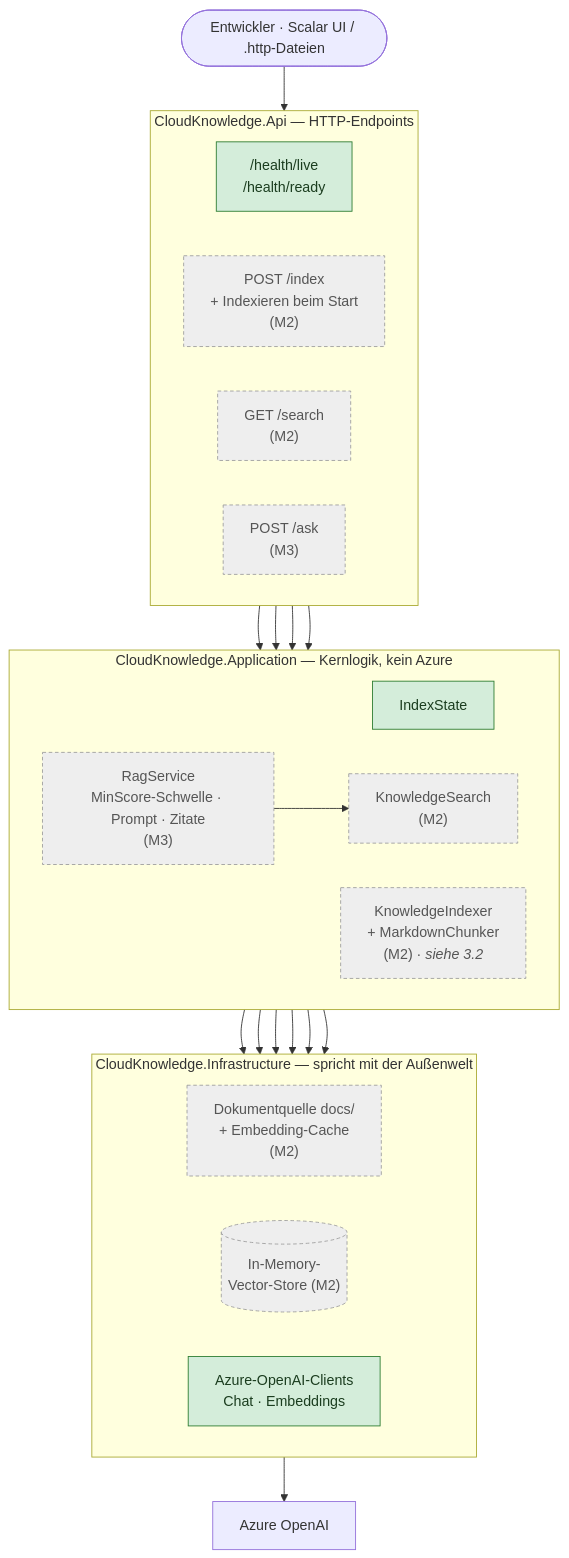
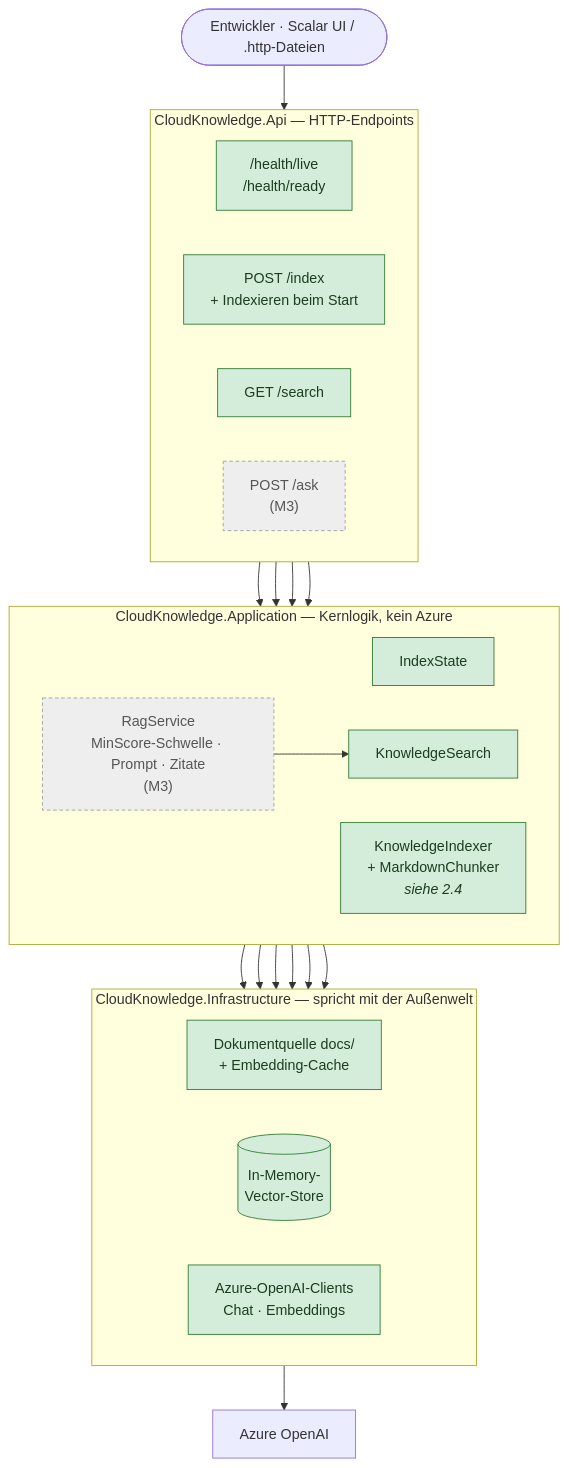
The ninth of 10 diagrams in README.md (MyOnlineRepo/RAG-API), drawn with Mermaid before and after one commit. The commit also changed other lines of this file and 3 other files, not shown here.

````diff
--- a/README.md
+++ b/README.md
@@ -206,48 +265,48 @@
 ```mermaid
 flowchart TB
     User(["Entwickler · Scalar UI / .http-Dateien"])
 
     subgraph api["CloudKnowledge.Api — HTTP-Endpoints"]
         direction LR
         Health["/health/live<br/>/health/ready"]
-        Index["POST /index<br/>+ Indexieren beim Start<br/>(M2)"]
-        Search["GET /search<br/>(M2)"]
+        Index["POST /index<br/>+ Indexieren beim Start"]
+        Search["GET /search"]
         Ask["POST /ask<br/>(M3)"]
     end
 
     subgraph app["CloudKnowledge.Application — Kernlogik, kein Azure"]
         direction LR
         State["IndexState"]
-        Indexer["KnowledgeIndexer<br/>+ MarkdownChunker<br/>(M2) · <i>siehe 3.2</i>"]
-        KSearch["KnowledgeSearch<br/>(M2)"]
+        Indexer["KnowledgeIndexer<br/>+ MarkdownChunker<br/><i>siehe 2.4</i>"]
+        KSearch["KnowledgeSearch"]
         Rag["RagService<br/>MinScore-Schwelle · Prompt · Zitate<br/>(M3)"]
     end
 
     subgraph infra["CloudKnowledge.Infrastructure — spricht mit der Außenwelt"]
         direction LR
-        Files["Dokumentquelle docs/<br/>+ Embedding-Cache<br/>(M2)"]
-        Store[("In-Memory-<br/>Vector-Store (M2)")]
+        Files["Dokumentquelle docs/<br/>+ Embedding-Cache"]
+        Store[("In-Memory-<br/>Vector-Store")]
         Clients["Azure-OpenAI-Clients<br/>Chat · Embeddings"]
     end
 
     AOAI["Azure OpenAI"]
 
     User --> api
     Health --> State
     Index --> Indexer
     Search --> KSearch
     Ask --> Rag
     Indexer --> Files
     Indexer --> Store
     Indexer --> Clients
     KSearch --> Store
     KSearch --> Clients
     Rag --> KSearch
     Rag --> Clients
     Clients --> AOAI
 
     classDef built fill:#d4edda,stroke:#2e7d32,color:#1b3d1f
     classDef planned fill:#eeeeee,stroke:#9e9e9e,color:#555555,stroke-dasharray: 4 3
-    class Health,State,Clients built
-    class Index,Search,Ask,Indexer,KSearch,Rag,Files,Store planned
+    class Health,State,Clients,Index,Search,Indexer,KSearch,Files,Store built
+    class Ask,Rag planned
 ```
````
